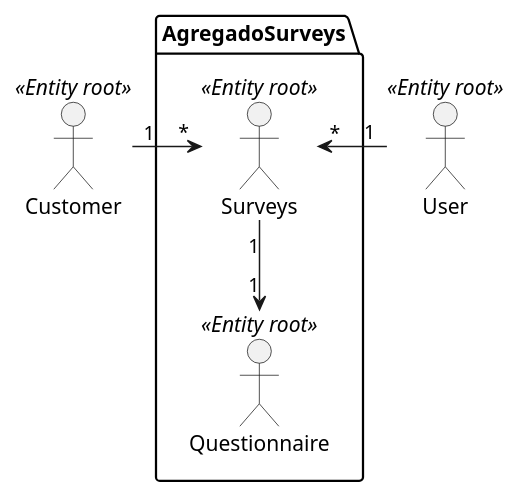
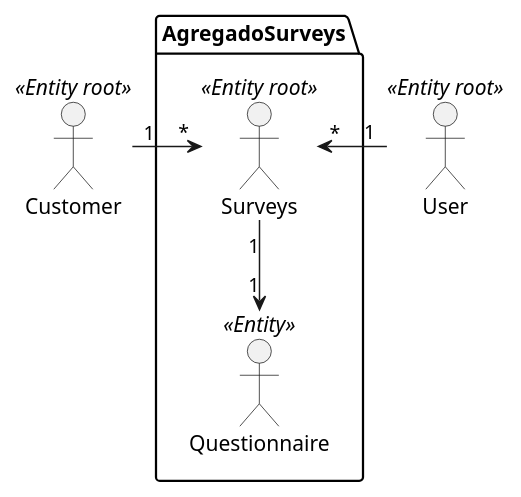
Before and after one commit to LourencoMelo/ISEP-EAPLI: the diagram in Documentation/Geral/Diagrams Code/AgregadoSurveys.puml, drawn with PlantUML. The commit also changed 4 other files, not shown here.

```diff
--- a/Documentation/Geral/Diagrams Code/AgregadoSurveys.puml
+++ b/Documentation/Geral/Diagrams Code/AgregadoSurveys.puml
@@ -1,15 +1,15 @@
 @startuml
 'https://plantuml.com/class-diagram
 
 Customer <<Entity root>>
 User <<Entity root>>
 package AgregadoSurveys {
 Surveys <<Entity root>>
-Questionnaire <<Entity root>>
+Questionnaire <<Entity>>
 }
 
 Customer "1" -right-> "*" Surveys
 User "1" -left-> "*" Surveys
 Surveys "1" --> "1" Questionnaire
 
 @enduml
```
